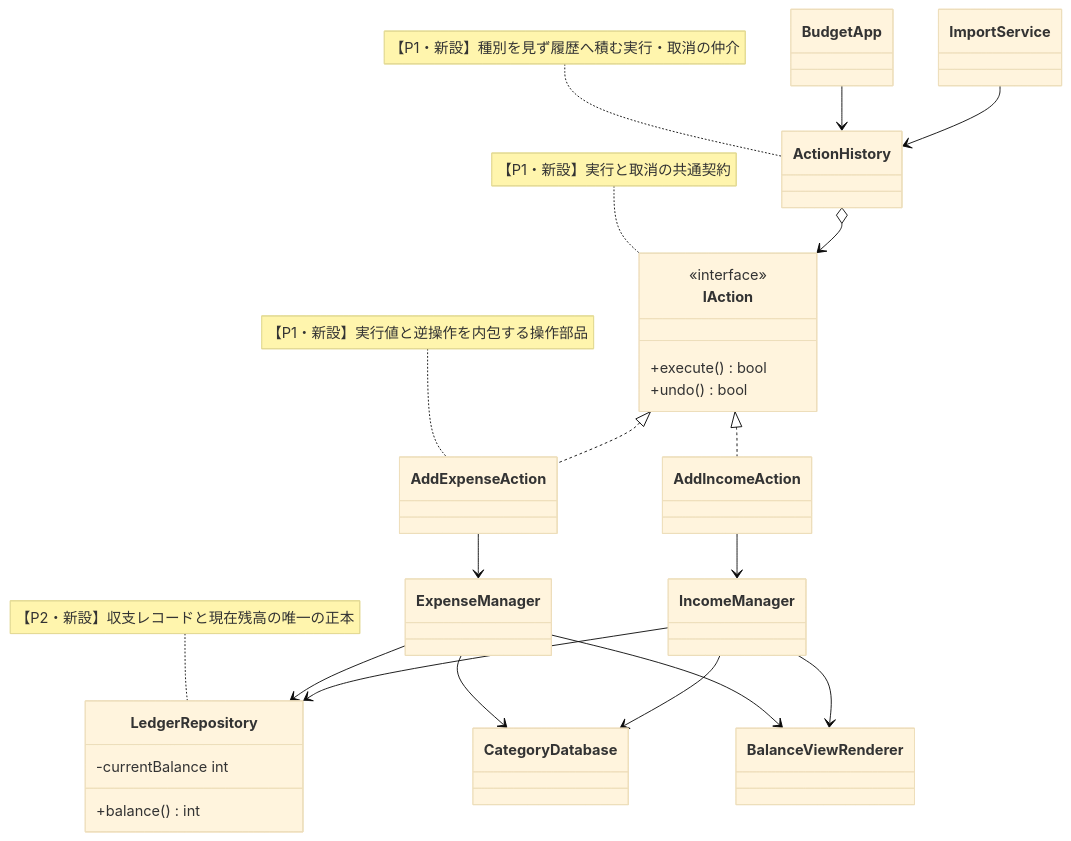
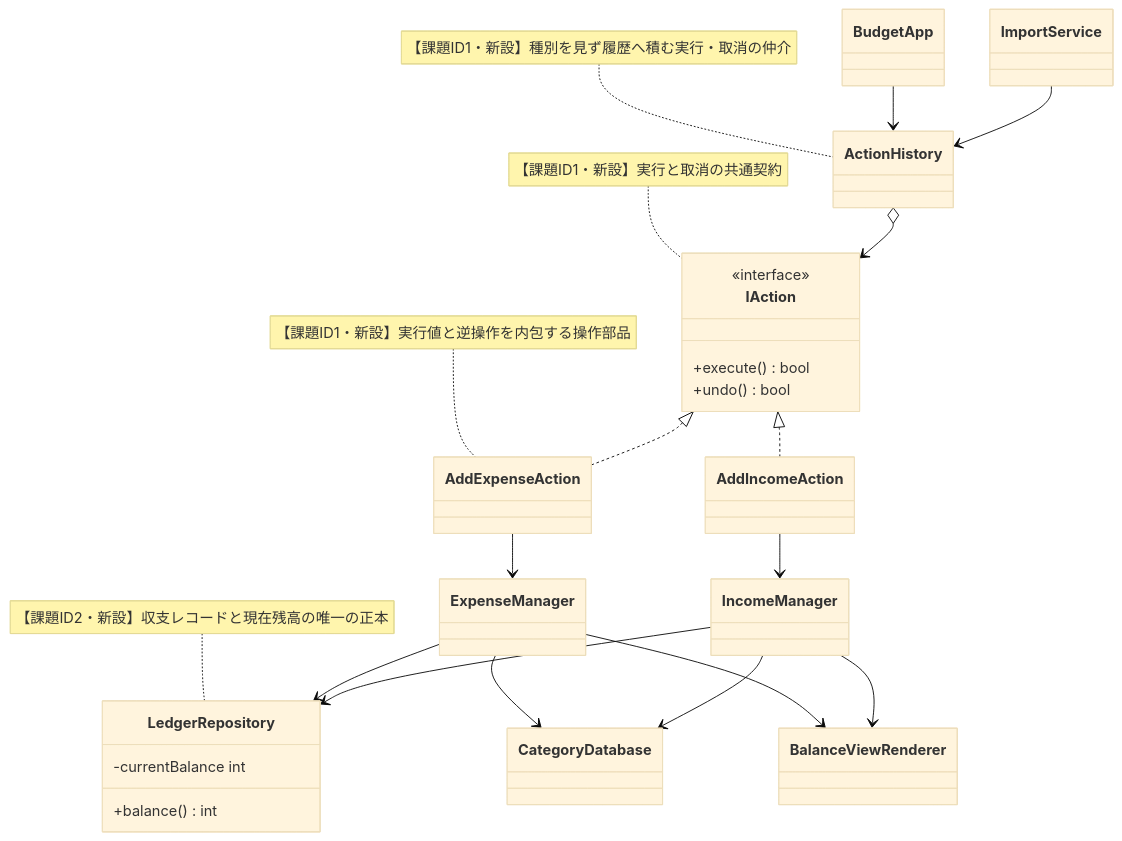
One commit to kumachan1101-pixel/DesignPattern changed diagram 13 of 18 in kindle/design-patterns/output/chapter05.md. Above: the diagram before and after it, drawn with Mermaid (base theme). The commit also changed other lines of this file and 43 other files, not shown here.

````diff
--- a/kindle/design-patterns/output/chapter05.md
+++ b/kindle/design-patterns/output/chapter05.md
@@ -1107,42 +1156,42 @@
 ```mermaid
 classDiagram
     class CategoryDatabase
     class LedgerRepository {
         -currentBalance int
         +balance() int
     }
     class BalanceViewRenderer
     class ImportService
     class IAction {
         <<interface>>
         +execute() bool
         +undo() bool
     }
     class AddExpenseAction
     class AddIncomeAction
     class ActionHistory
     class BudgetApp
     class ExpenseManager
     class IncomeManager
     IAction <|.. AddExpenseAction
     IAction <|.. AddIncomeAction
     ActionHistory o--> IAction
     BudgetApp --> ActionHistory
     AddExpenseAction --> ExpenseManager
     AddIncomeAction --> IncomeManager
     ExpenseManager --> LedgerRepository
     IncomeManager --> LedgerRepository
     ExpenseManager --> CategoryDatabase
     IncomeManager --> CategoryDatabase
     ExpenseManager --> BalanceViewRenderer
     IncomeManager --> BalanceViewRenderer
     ImportService --> ActionHistory
 
-    note for IAction "【P1・新設】実行と取消の共通契約"
-    note for AddExpenseAction "【P1・新設】実行値と逆操作を内包する操作部品"
-    note for ActionHistory "【P1・新設】種別を見ず履歴へ積む実行・取消の仲介"
-    note for LedgerRepository "【P2・新設】収支レコードと現在残高の唯一の正本"
+    note for IAction "【課題ID1・新設】実行と取消の共通契約"
+    note for AddExpenseAction "【課題ID1・新設】実行値と逆操作を内包する操作部品"
+    note for ActionHistory "【課題ID1・新設】種別を見ず履歴へ積む実行・取消の仲介"
+    note for LedgerRepository "【課題ID2・新設】収支レコードと現在残高の唯一の正本"
 
     classDef focus fill:#FFF2CC,stroke:#D6B656,stroke-width:2px,color:#222222
     cssClass "IAction,AddExpenseAction,AddIncomeAction,ActionHistory,LedgerRepository" focus
 ```
````
